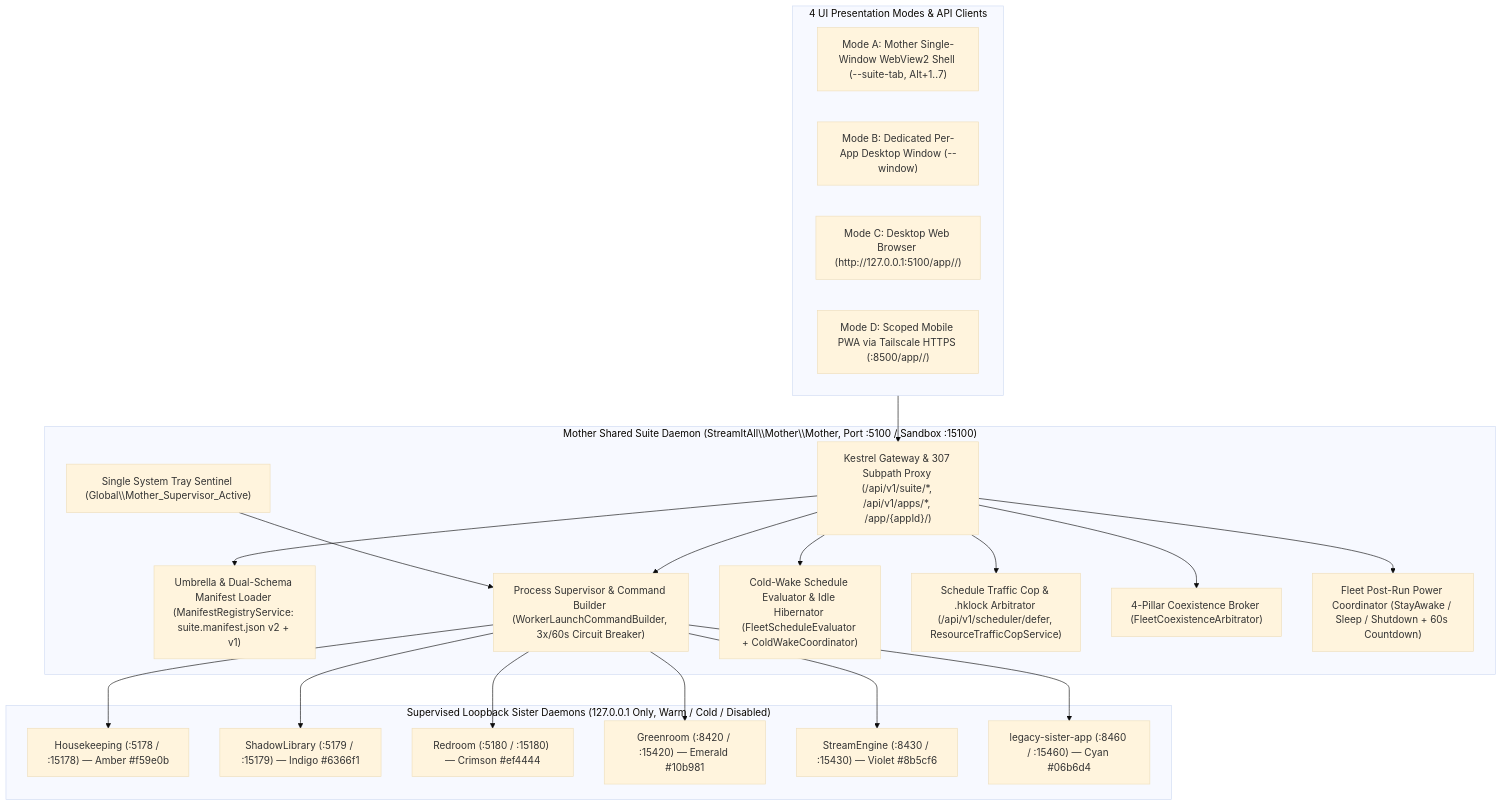
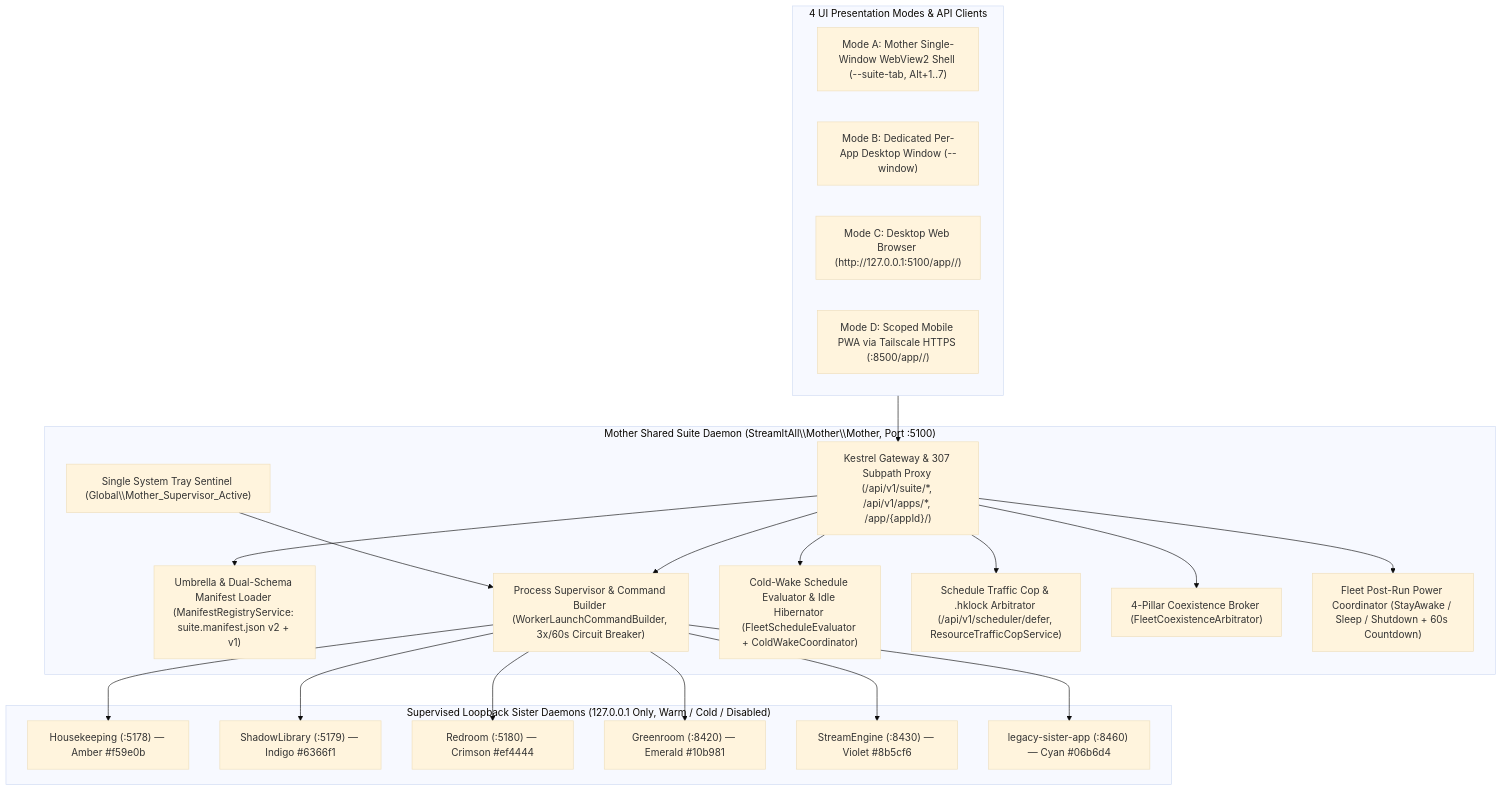
One commit to StreamItAllGit/Mother changed the first of 2 diagrams in Dev/docs/ARCHITECTURE.md. Above: the diagram before and after it, drawn with Mermaid (base theme). The commit also changed other lines of this file and 69 other files, not shown here.

Commit message:
Mother v0.2.0-hf.1: Foundation v0.4.1-hf.1 sync, remove Sandbox/test-mode harness, Tier A layout

````diff
--- a/Dev/docs/ARCHITECTURE.md
+++ b/Dev/docs/ARCHITECTURE.md
@@ -15,44 +15,44 @@
 ```mermaid
 flowchart TB
     subgraph Clients ["4 UI Presentation Modes & API Clients"]
         SuiteUI["Mode A: Mother Single-Window WebView2 Shell (--suite-tab, Alt+1..7)"]
         PopWin["Mode B: Dedicated Per-App Desktop Window (--window)"]
         BrowserUI["Mode C: Desktop Web Browser (http://127.0.0.1:5100/app/<app-id>/)"]
         MobilePWA["Mode D: Scoped Mobile PWA via Tailscale HTTPS (:8500/app/<app-id>/)"]
     end
 
-    subgraph MotherHost ["Mother Shared Suite Daemon (StreamItAll\\Mother\\Mother, Port :5100 / Sandbox :15100)"]
+    subgraph MotherHost ["Mother Shared Suite Daemon (StreamItAll\\Mother\\Mother, Port :5100)"]
         Gateway["Kestrel Gateway & 307 Subpath Proxy (/api/v1/suite/*, /api/v1/apps/*, /app/{appId}/)"]
         Tray["Single System Tray Sentinel (Global\\Mother_Supervisor_Active)"]
         Discovery["Umbrella & Dual-Schema Manifest Loader (ManifestRegistryService: suite.manifest.json v2 + v1)"]
         Watchdog["Process Supervisor & Command Builder (WorkerLaunchCommandBuilder, 3x/60s Circuit Breaker)"]
         Scheduler["Cold-Wake Schedule Evaluator & Idle Hibernator (FleetScheduleEvaluator + ColdWakeCoordinator)"]
         TrafficCop["Schedule Traffic Cop & .hklock Arbitrator (/api/v1/scheduler/defer, ResourceTrafficCopService)"]
         CoexBroker["4-Pillar Coexistence Broker (FleetCoexistenceArbitrator)"]
         PowerCoord["Fleet Post-Run Power Coordinator (StayAwake / Sleep / Shutdown + 60s Countdown)"]
     end
 
     subgraph ChildFleet ["Supervised Loopback Sister Daemons (127.0.0.1 Only, Warm / Cold / Disabled)"]
-        HK["Housekeeping (:5178 / :15178) — Amber #f59e0b"]
-        SL["ShadowLibrary (:5179 / :15179) — Indigo #6366f1"]
-        RR["Redroom (:5180 / :15180) — Crimson #ef4444"]
-        GR["Greenroom (:8420 / :15420) — Emerald #10b981"]
-        SE["StreamEngine (:8430 / :15430) — Violet #8b5cf6"]
-        US["legacy-sister-app (:8460 / :15460) — Cyan #06b6d4"]
+        HK["Housekeeping (:5178) — Amber #f59e0b"]
+        SL["ShadowLibrary (:5179) — Indigo #6366f1"]
+        RR["Redroom (:5180) — Crimson #ef4444"]
+        GR["Greenroom (:8420) — Emerald #10b981"]
+        SE["StreamEngine (:8430) — Violet #8b5cf6"]
+        US["legacy-sister-app (:8460) — Cyan #06b6d4"]
     end
 
     Clients --> Gateway
     Gateway --> Discovery
     Gateway --> Watchdog
     Gateway --> Scheduler
     Gateway --> TrafficCop
     Gateway --> CoexBroker
     Gateway --> PowerCoord
     Tray --> Watchdog
     Watchdog --> HK
     Watchdog --> SL
     Watchdog --> RR
     Watchdog --> GR
     Watchdog --> SE
     Watchdog --> US
 ```
````
